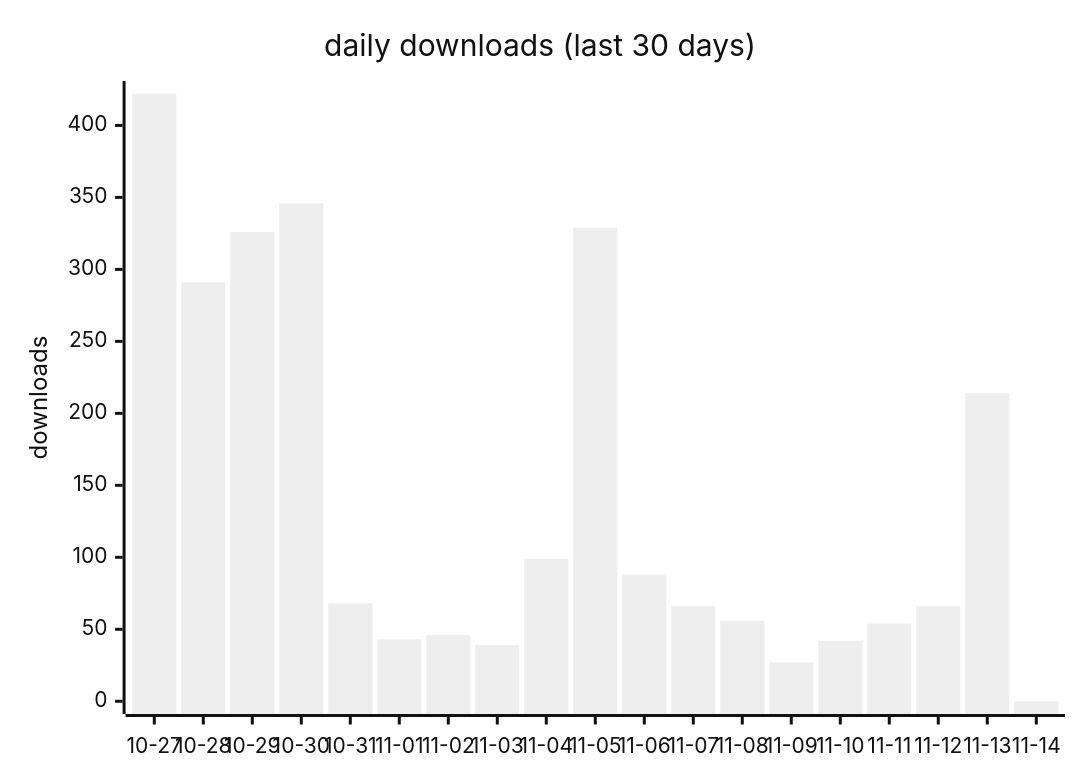
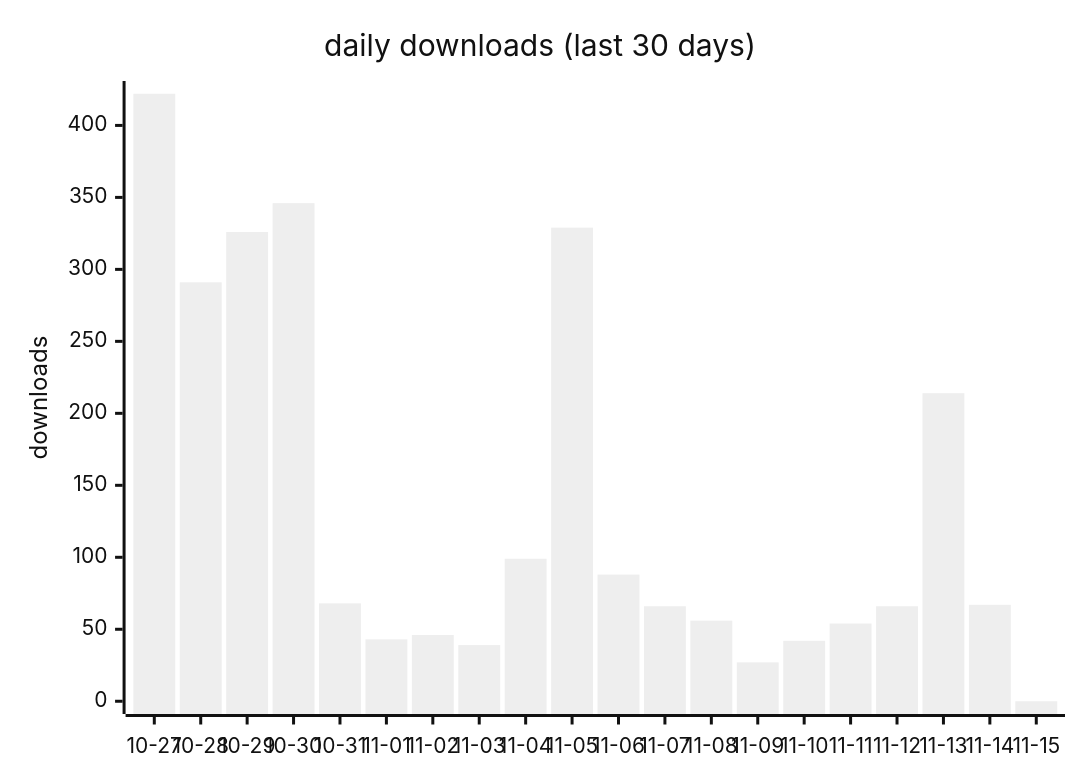
One commit to terry2010/dsh-loop-recover changed the first of 2 diagrams in docs/downloads-2026.md. Above: the diagram before and after it, drawn with Mermaid (neutral theme). The commit also changed other lines of this file and 1 other file, not shown here.

````diff
--- a/docs/downloads-2026.md
+++ b/docs/downloads-2026.md
@@ -19,7 +19,7 @@
 ```mermaid
 xychart-beta
     title "daily downloads (last 30 days)"
-    x-axis ["10-27", "10-28", "10-29", "10-30", "10-31", "11-01", "11-02", "11-03", "11-04", "11-05", "11-06", "11-07", "11-08", "11-09", "11-10", "11-11", "11-12", "11-13", "11-14"]
+    x-axis ["10-27", "10-28", "10-29", "10-30", "10-31", "11-01", "11-02", "11-03", "11-04", "11-05", "11-06", "11-07", "11-08", "11-09", "11-10", "11-11", "11-12", "11-13", "11-14", "11-15"]
     y-axis "downloads" 0 --> 422
-    bar [422, 291, 326, 346, 68, 43, 46, 39, 99, 329, 88, 66, 56, 27, 42, 54, 66, 214, 0]
+    bar [422, 291, 326, 346, 68, 43, 46, 39, 99, 329, 88, 66, 56, 27, 42, 54, 66, 214, 67, 0]
 ```
````
